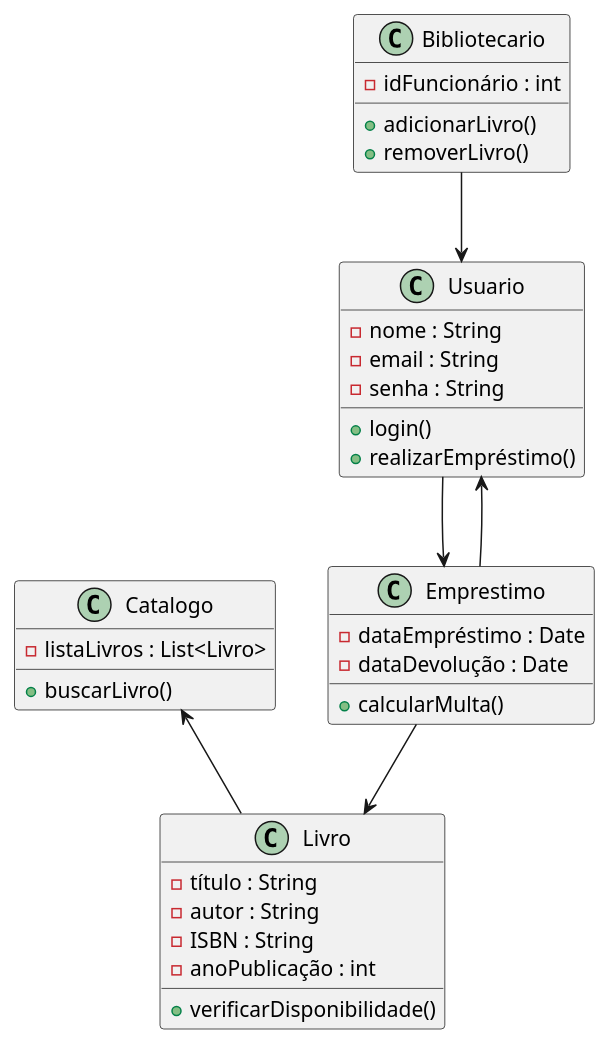
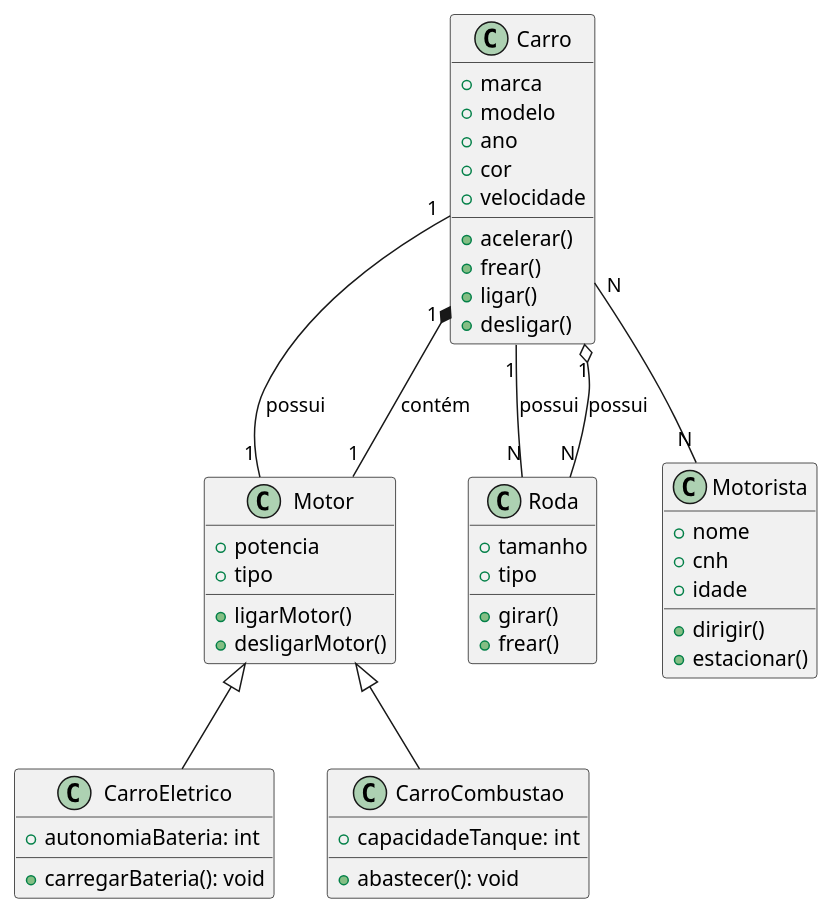
One commit to jonh-carvalho/PBE_24.2_8002 changed the diagram in docs/modelagem/Classes/temp.wsd. Above: the diagram before and after it, drawn with PlantUML. The commit also changed 1 other file, not shown here.

```diff
--- a/docs/modelagem/Classes/temp.wsd
+++ b/docs/modelagem/Classes/temp.wsd
@@ -1,40 +1,73 @@
 @startuml
-class Usuario {
-    - nome : String
-    - email : String
-    - senha : String
-    + login()
-    + realizarEmpréstimo()
+class Carro {
+  +marca
+  +modelo
+  +ano
+  +cor
+  +velocidade
+
+  +acelerar()
+  +frear()
+  +ligar()
+  +desligar()
 }
 
-class Livro {
-    - título : String
-    - autor : String
-    - ISBN : String
-    - anoPublicação : int
-    + verificarDisponibilidade()
+class Motor {
+  +potencia
+  +tipo
+
+  +ligarMotor()
+  +desligarMotor()
 }
 
-class Emprestimo {
-    - dataEmpréstimo : Date
-    - dataDevolução : Date
-    + calcularMulta()
+class Roda {
+  +tamanho
+  +tipo
+
+  +girar()
+  +frear()
+  }
+
+class Motorista {
+  +nome
+  +cnh
+  +idade
+
+  +dirigir()
+  +estacionar()
 }
 
-class Bibliotecario {
-    - idFuncionário : int
-    + adicionarLivro()
-    + removerLivro()
+class CarroEletrico {
+  +autonomiaBateria: int
+  +carregarBateria(): void
 }
 
-class Catalogo {
-    - listaLivros : List<Livro>
-    + buscarLivro()
-}
+class CarroCombustao {
+  +capacidadeTanque: int
+  +abastecer(): void
+}   
 
-Usuario --> Emprestimo 
-Emprestimo --> Livro 
-Emprestimo --> Usuario 
-Bibliotecario --> Usuario
-Catalogo <-- Livro 
+Carro "1" -- "1" Motor : possui
+Carro "1" -- "N" Roda : possui
+
+Carro "N" -- "N" Motorista
+
+Motor <|-- CarroEletrico
+Motor <|-- CarroCombustao
+
+Carro "1" o-- "N" Roda : possui
+
+Carro "1" *-- "1" Motor : contém
+
+
+
+
+
+
+
+
+
+
+
+
 @enduml
```
